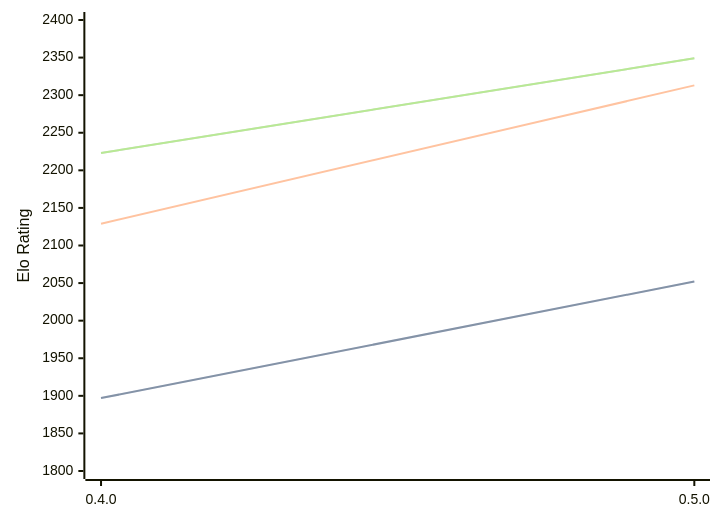
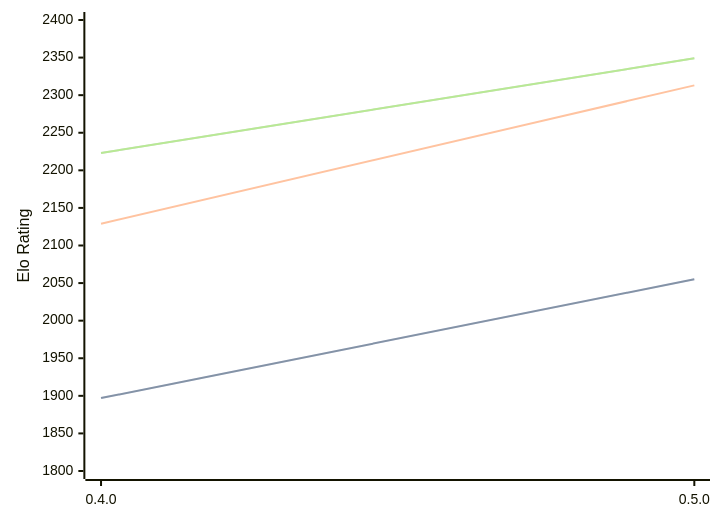
Before and after one commit to computer-chess-index/cci: the diagram in engines/Atenika.md, drawn with Mermaid. The commit also changed other lines of this file, not shown here.

````diff
--- a/engines/Atenika.md
+++ b/engines/Atenika.md
@@ -32,11 +32,11 @@
 ```mermaid
 %%{init: {"theme":"base","themeVariables":{"seriesColors:['#a3a3a3','#222221','#faa371']}}}%%
 xychart-beta
   x-axis ["0.4.0", "0.5.0"]
   y-axis "Elo Rating" 1800 --> 2400
-  line "" [1897, 2052]
-  line "STC (8.0+0.08s)" [1897, 2052]
+  line "" [1897, 2055]
+  line "STC (8.0+0.08s)" [1897, 2055]
   line "LTC (60.0+0.60s)" [2129, 2313]
   line "" [2223, 2349]
   line "VLTC (2m24s+1.12s)" [2223, 2349]
 ```
````
